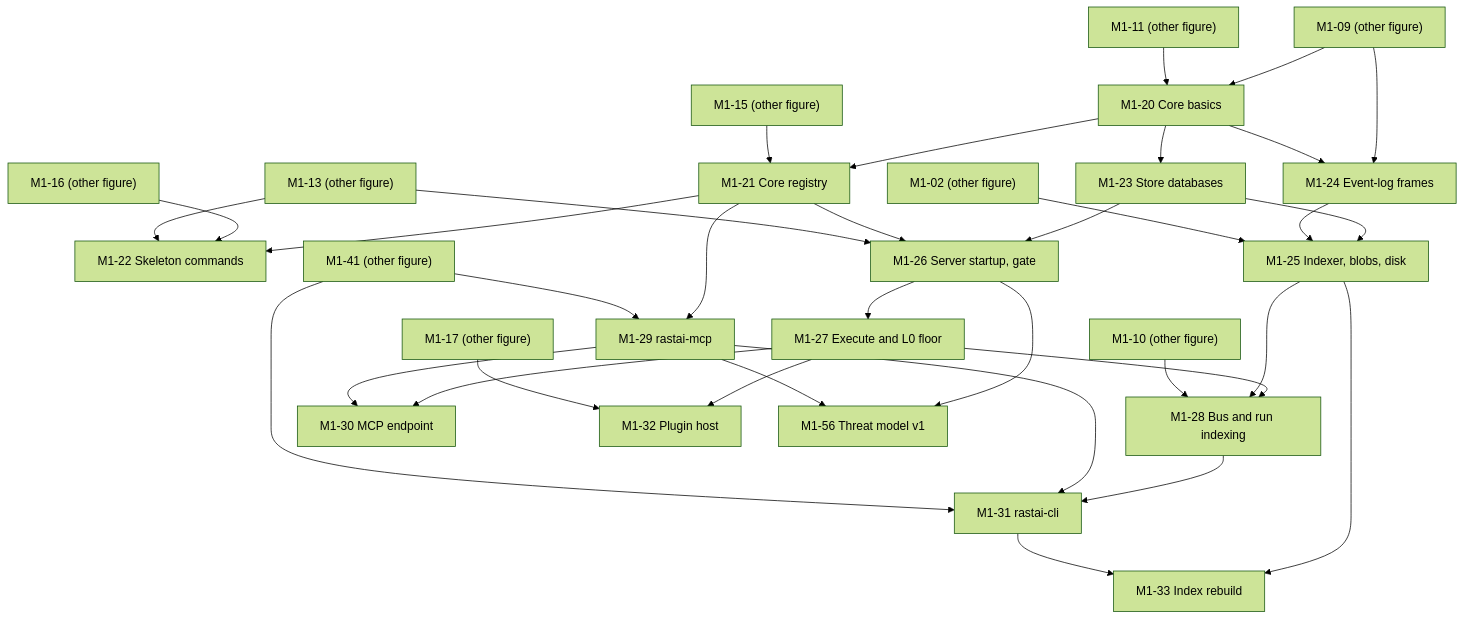
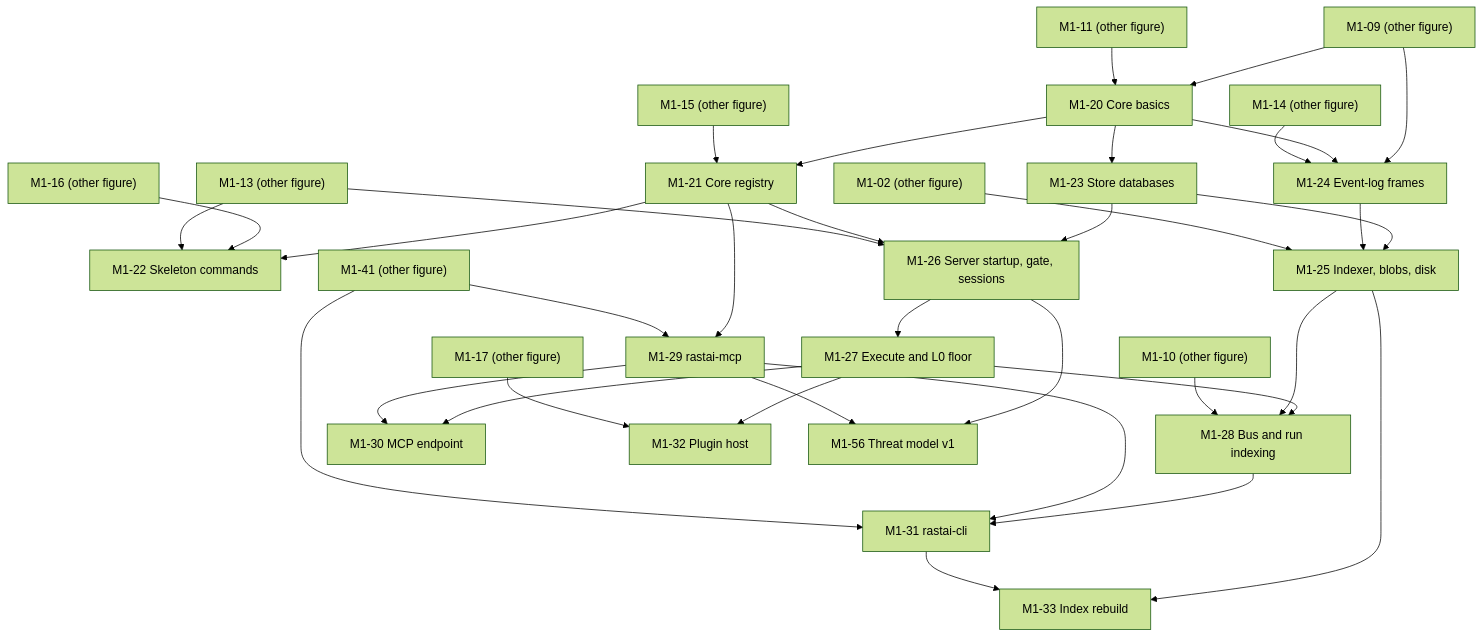
The third of 6 diagrams in docs/plan/implementation-plan.md (Snubiss/RASTAI-Research-Studio), drawn with Mermaid (forest theme) before and after one commit. The commit also changed other lines of this file and 44 other files, not shown here.

````diff
--- a/docs/plan/implementation-plan.md
+++ b/docs/plan/implementation-plan.md
@@ -357,60 +389,62 @@
 ```mermaid
 flowchart TD
   M1_20["M1-20 Core basics"]
   M1_21["M1-21 Core registry"]
   M1_22["M1-22 Skeleton commands"]
   M1_23["M1-23 Store databases"]
   M1_24["M1-24 Event-log frames"]
   M1_25["M1-25 Indexer, blobs, disk"]
-  M1_26["M1-26 Server startup, gate"]
+  M1_26["M1-26 Server startup, gate, sessions"]
   M1_27["M1-27 Execute and L0 floor"]
   M1_28["M1-28 Bus and run indexing"]
   M1_29["M1-29 rastai-mcp"]
   M1_30["M1-30 MCP endpoint"]
   M1_31["M1-31 rastai-cli"]
   M1_32["M1-32 Plugin host"]
   M1_33["M1-33 Index rebuild"]
   M1_56["M1-56 Threat model v1"]
   M1_09["M1-09 (other figure)"]
   M1_11["M1-11 (other figure)"]
   M1_15["M1-15 (other figure)"]
   M1_16["M1-16 (other figure)"]
   M1_13["M1-13 (other figure)"]
   M1_02["M1-02 (other figure)"]
   M1_10["M1-10 (other figure)"]
   M1_41["M1-41 (other figure)"]
   M1_17["M1-17 (other figure)"]
+  M1_14["M1-14 (other figure)"]
   M1_09 --> M1_20
   M1_11 --> M1_20
   M1_20 --> M1_21
   M1_15 --> M1_21
   M1_21 --> M1_22
   M1_16 --> M1_22
   M1_13 --> M1_22
   M1_20 --> M1_23
   M1_09 --> M1_24
   M1_20 --> M1_24
+  M1_14 --> M1_24
   M1_23 --> M1_25
   M1_24 --> M1_25
   M1_02 --> M1_25
   M1_23 --> M1_26
   M1_21 --> M1_26
   M1_13 --> M1_26
   M1_26 --> M1_27
   M1_27 --> M1_28
   M1_25 --> M1_28
   M1_10 --> M1_28
   M1_21 --> M1_29
   M1_41 --> M1_29
   M1_27 --> M1_30
   M1_29 --> M1_30
   M1_28 --> M1_31
   M1_29 --> M1_31
   M1_41 --> M1_31
   M1_27 --> M1_32
   M1_17 --> M1_32
   M1_25 --> M1_33
   M1_31 --> M1_33
   M1_26 --> M1_56
   M1_29 --> M1_56
 ```
````
